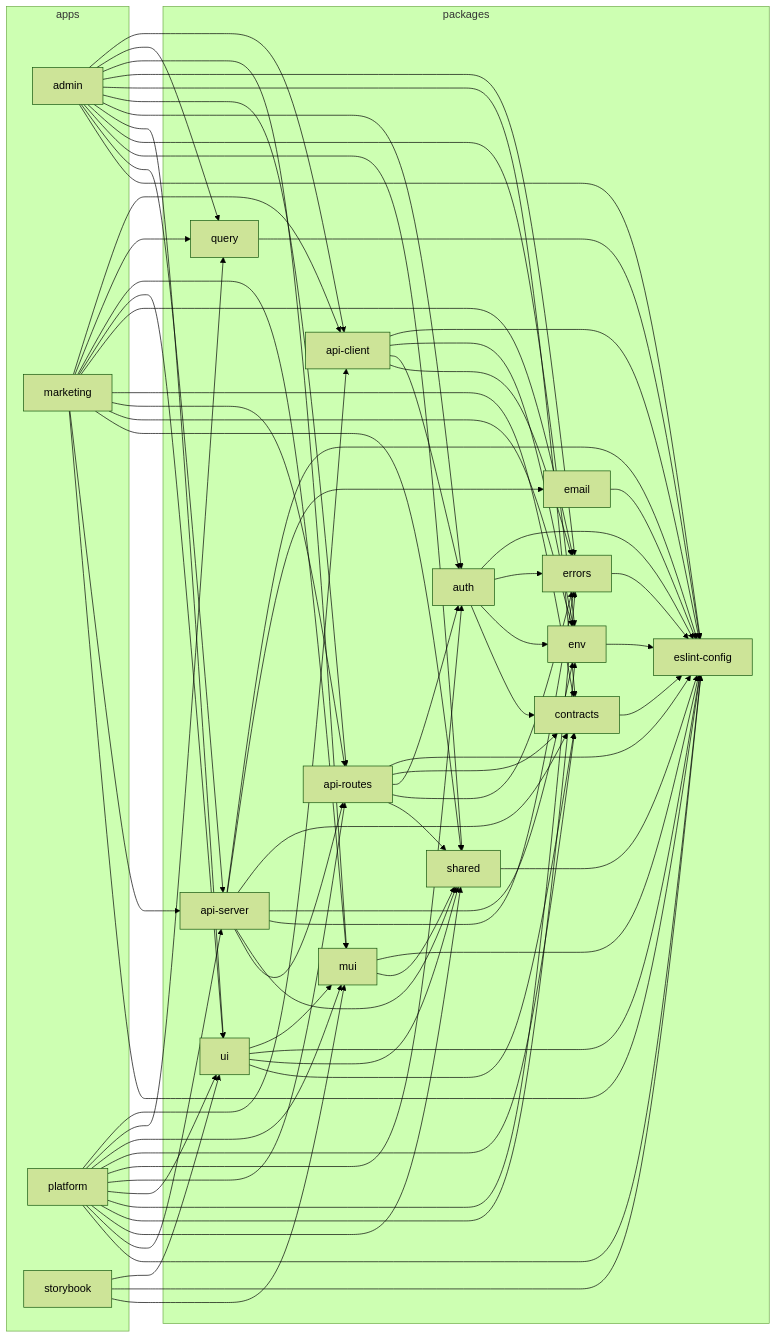
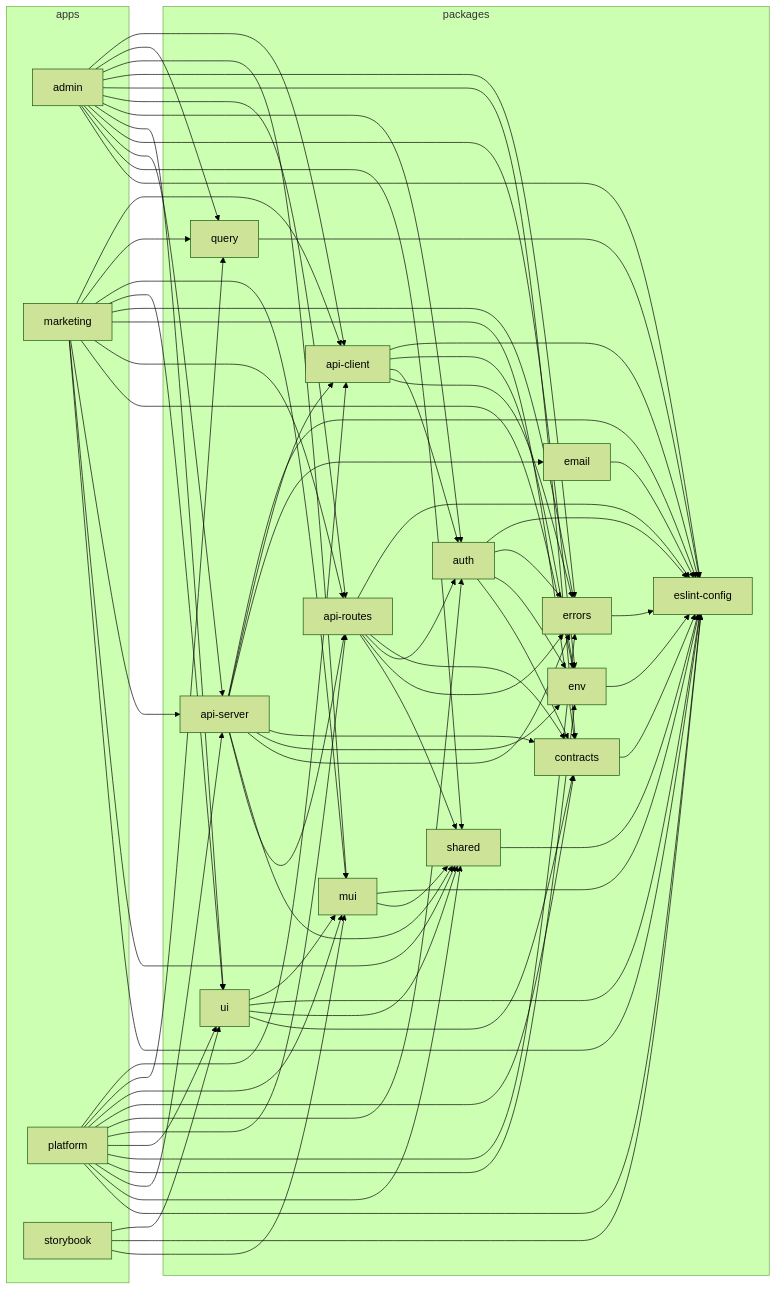
Before and after one commit to maksim-pokhiliy/the-discipline-program: the diagram in docs/DEPENDENCY-GRAPH.md, drawn with Mermaid (forest theme). The commit also changed 6 other files, not shown here.

Commit message:
docs(mobile-publish): sync readmes, add connector runbook, refresh dep graph

```diff
--- a/docs/DEPENDENCY-GRAPH.md
+++ b/docs/DEPENDENCY-GRAPH.md
@@ -39,8 +39,8 @@
 I["ui"]
 end
 1-->E
+1-->H
 1-->8
-1-->H
 1-->C
 1-->I
 1-->9
@@ -51,8 +51,8 @@
 1-->G
 1-->6
 2-->E
+2-->H
 2-->8
-2-->H
 2-->C
 2-->7
 2-->A
@@ -62,8 +62,8 @@
 2-->G
 2-->6
 3-->E
+3-->H
 3-->8
-3-->H
 3-->C
 3-->D
 3-->I
@@ -91,6 +91,7 @@
 8-->C
 8-->A
 8-->B
+8-->6
 8-->E
 9-->A
 9-->C
```
